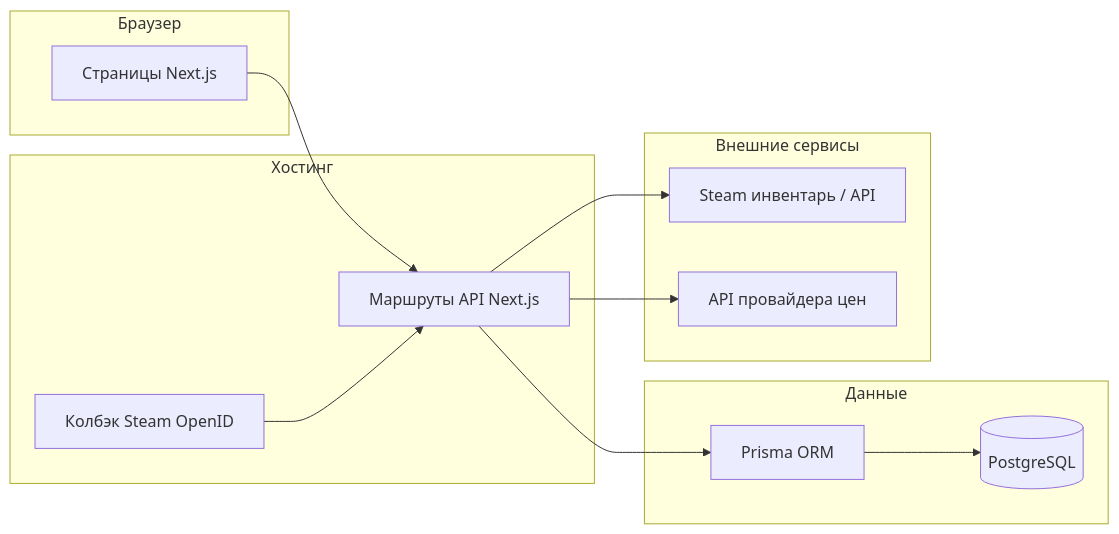
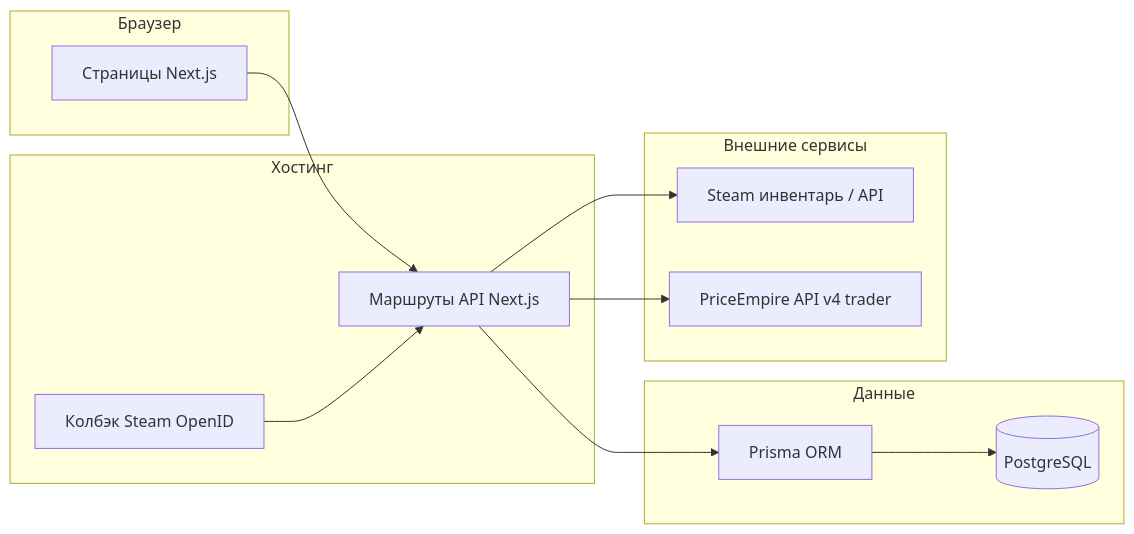
One commit to CeoOfSite/-smoney changed the diagram in План_MVP_CS2.md. Above: the diagram before and after it, drawn with Mermaid. The commit also changed other lines of this file and 1 other file, not shown here.

````diff
--- a/План_MVP_CS2.md
+++ b/План_MVP_CS2.md
@@ -24,24 +25,24 @@
 ```mermaid
 flowchart LR
   subgraph client [Браузер]
     NextUI[Страницы Next.js]
   end
   subgraph vercel_or_host [Хостинг]
     API[Маршруты API Next.js]
     Auth[Колбэк Steam OpenID]
   end
   subgraph data [Данные]
     PG[(PostgreSQL)]
     Prisma[Prisma ORM]
   end
   subgraph external [Внешние сервисы]
     Steam[Steam инвентарь / API]
-    Price[API провайдера цен]
+    Price[PriceEmpire API v4 trader]
   end
   NextUI --> API
   API --> Prisma
   Prisma --> PG
   API --> Steam
   API --> Price
   Auth --> API
 ```
````
